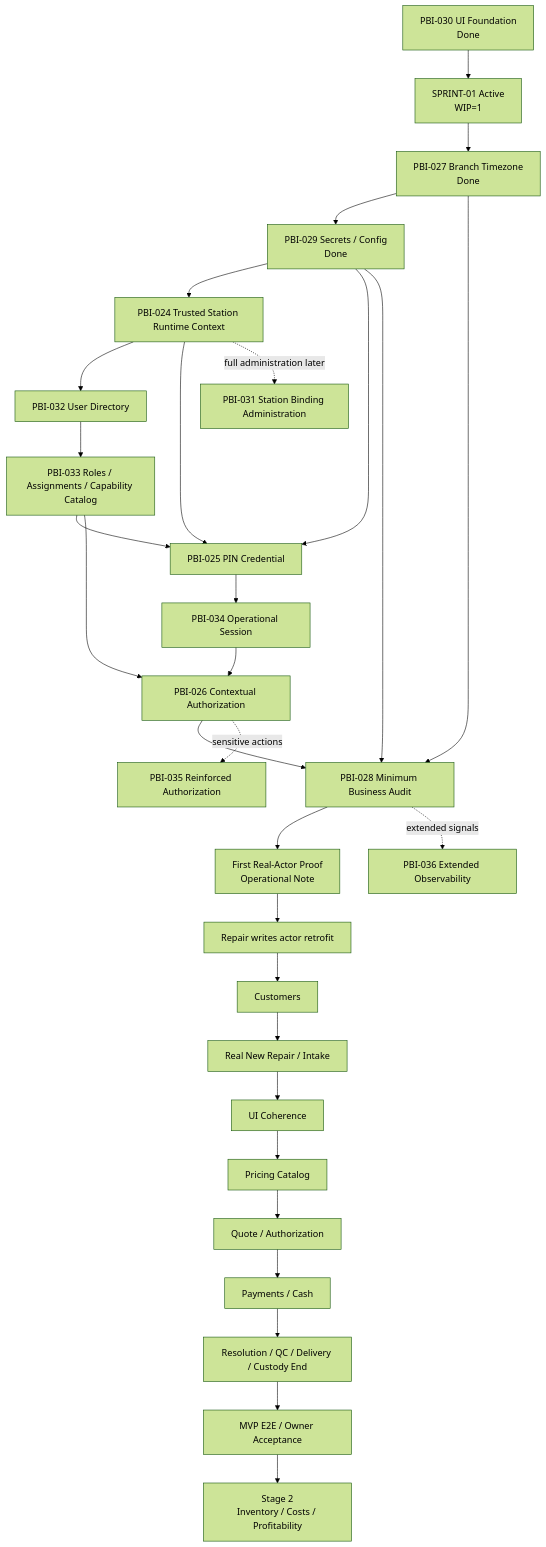
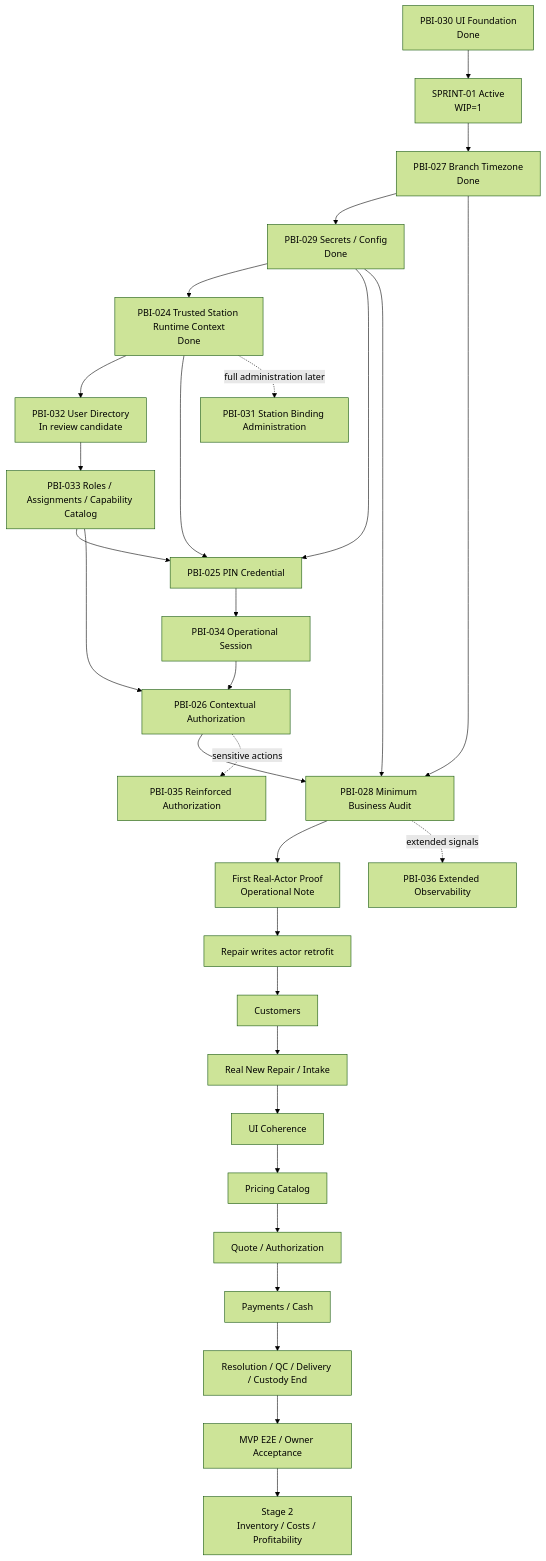
Before and after one commit to luisgtzaviles/SrTaller-2.0: the diagram in docs/backlog/DEPENDENCY_MAP.md, drawn with Mermaid (forest theme). The commit also changed other lines of this file and 15 other files, not shown here.

Commit message:
docs: reconcile pbi-032 candidate evidence

````diff
--- a/docs/backlog/DEPENDENCY_MAP.md
+++ b/docs/backlog/DEPENDENCY_MAP.md
@@ -13,32 +13,32 @@
 ```mermaid
 flowchart TD
     P30[PBI-030 UI Foundation<br/>Done] --> S1[SPRINT-01 Active<br/>WIP=1]
     S1 --> P27[PBI-027 Branch Timezone<br/>Done]
     P27 --> P29[PBI-029 Secrets / Config<br/>Done]
-    P29 --> P24[PBI-024 Trusted Station Runtime Context]
-    P24 --> P32[PBI-032 User Directory]
+    P29 --> P24[PBI-024 Trusted Station Runtime Context<br/>Done]
+    P24 --> P32[PBI-032 User Directory<br/>In review candidate]
     P32 --> P33[PBI-033 Roles / Assignments / Capability Catalog]
     P33 --> P25[PBI-025 PIN Credential]
     P24 --> P25
     P29 --> P25
     P25 --> P34[PBI-034 Operational Session]
     P34 --> P26[PBI-026 Contextual Authorization]
     P33 --> P26
     P26 --> P28[PBI-028 Minimum Business Audit]
     P27 --> P28
     P29 --> P28
     P28 --> NOTE[First Real-Actor Proof<br/>Operational Note]
     NOTE --> RETRO[Repair writes actor retrofit]
     RETRO --> CUSTOMERS[Customers]
     CUSTOMERS --> INTAKE[Real New Repair / Intake]
     INTAKE --> POLISH[UI Coherence]
     POLISH --> PRICING[Pricing Catalog]
     PRICING --> QUOTE[Quote / Authorization]
     QUOTE --> MONEY[Payments / Cash]
     MONEY --> DELIVERY[Resolution / QC / Delivery / Custody End]
     DELIVERY --> MVP[MVP E2E / Owner Acceptance]
     P24 -. full administration later .-> P31[PBI-031 Station Binding Administration]
     P26 -. sensitive actions .-> P35[PBI-035 Reinforced Authorization]
     P28 -. extended signals .-> P36[PBI-036 Extended Observability]
     MVP --> STAGE2[Stage 2<br/>Inventory / Costs / Profitability]
 ```
````
